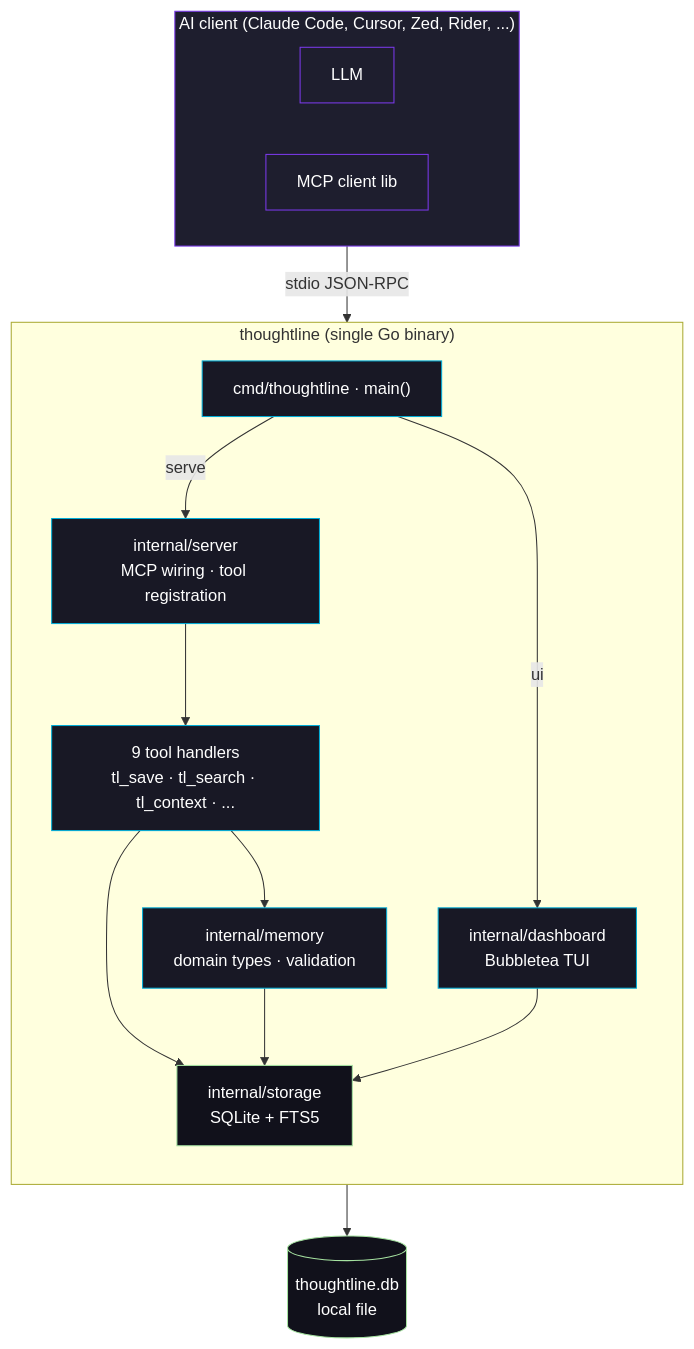
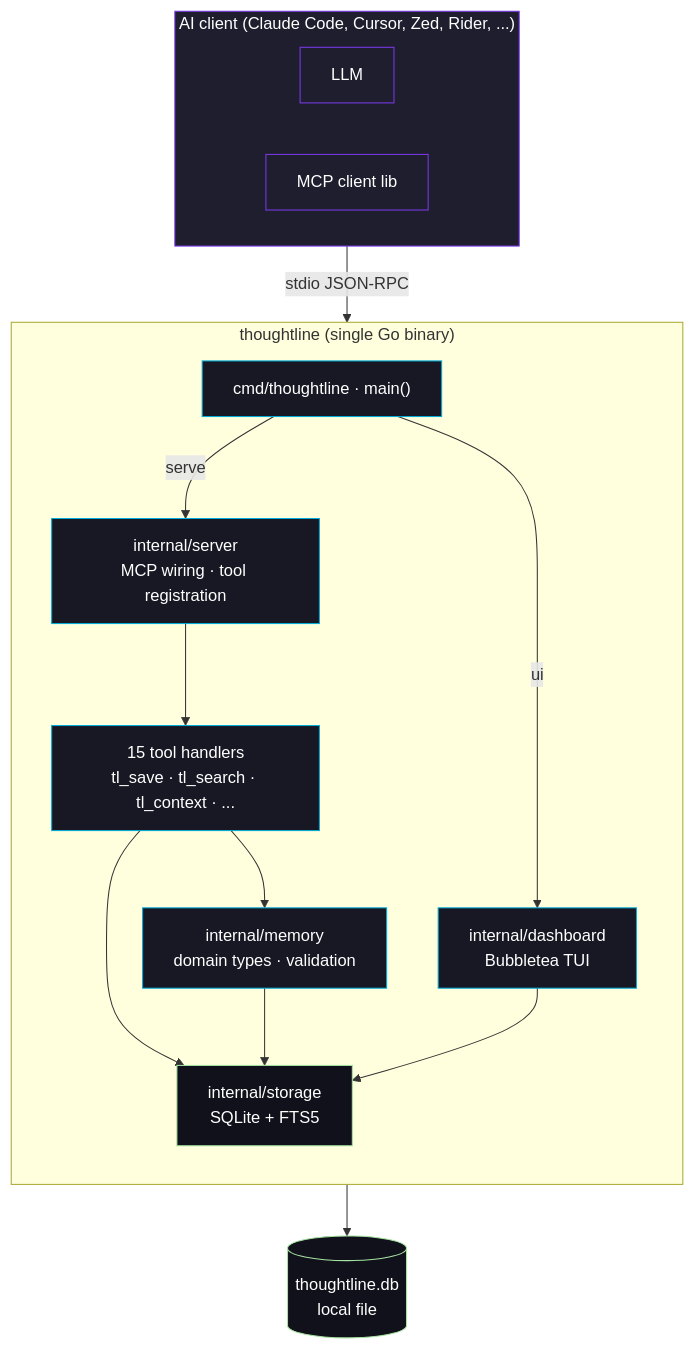
The first of 3 diagrams in docs/ARCHITECTURE.md (AgusLoza2021/Thoughtline), drawn with Mermaid before and after one commit. The commit also changed other lines of this file, not shown here.

Commit message:
docs: two live pages still counted the pre-revival surface
Both pages belong to work that already ran. R3 dropped the retirement notices,
R5e turned the MCP section of docs/ARCHITECTURE.md into a fifteen-row table, and
R5f fixed the two front pages. These two were left behind, so they kept stating
numbers the engine no longer answers.

The ASCII diagram at the top of docs/ARCHITECTURE.md still said "9 tool
handlers" while the section it points at says fifteen - R5e corrected the
heading and not the diagram. The same section had also grown a second copy of
its table header, which is a regression from that same commit.

The passive-capture page still asked the reader to choose among "the eleven
`type` values". There are fourteen, and the count is not decoration there: it
is the range the reader is being told to judge a promoted capture against.

Neither number was driverless. The engine's own closed set is the source, and
the doc-link check is unaffected.

````diff
--- a/docs/ARCHITECTURE.md
+++ b/docs/ARCHITECTURE.md
@@ -23,37 +23,37 @@
 ```mermaid
 graph TB
     subgraph Client["AI client (Claude Code, Cursor, Zed, Rider, ...)"]
       direction LR
       C1[LLM]
       C2[MCP client lib]
     end
 
     subgraph TL["thoughtline (single Go binary)"]
       direction TB
       Main["cmd/thoughtline · main()"]
       Server["internal/server<br/>MCP wiring · tool registration"]
-      Tools["9 tool handlers<br/>tl_save · tl_search · tl_context · ..."]
+      Tools["15 tool handlers<br/>tl_save · tl_search · tl_context · ..."]
       Memory["internal/memory<br/>domain types · validation"]
       Storage["internal/storage<br/>SQLite + FTS5"]
       TUI["internal/dashboard<br/>Bubbletea TUI"]
     end
 
     DB[("thoughtline.db<br/>local file")]
 
     Client -- "stdio JSON-RPC" --> Main
     Main -- "serve" --> Server
     Main -- "ui" --> TUI
     Server --> Tools
     Tools --> Memory
     Tools --> Storage
     Memory --> Storage
     Storage --> DB
     TUI --> Storage
 
     classDef ext fill:#1e1e2e,stroke:#7C3AED,color:#fff
     classDef core fill:#181825,stroke:#00ADD8,color:#fff
     classDef store fill:#11111b,stroke:#a6e3a1,color:#fff
     class Client,C1,C2 ext
     class Main,Server,Tools,Memory,TUI core
     class Storage,DB store
 ```
````
